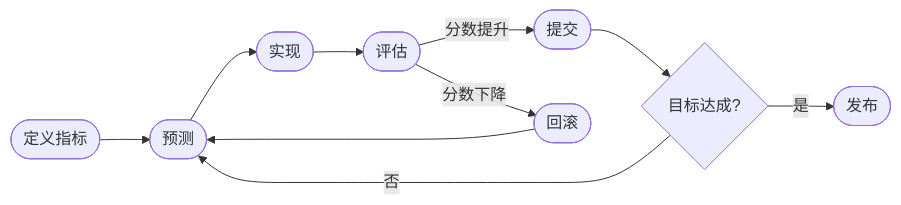
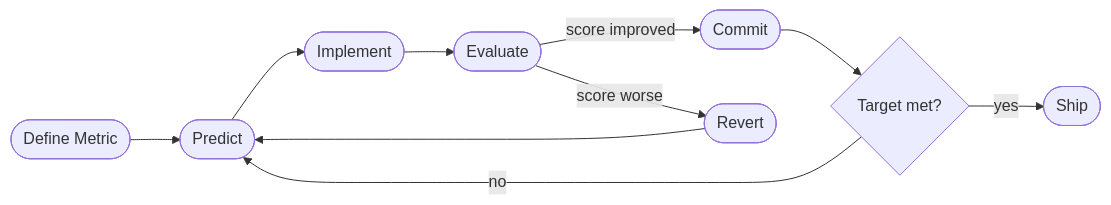
One commit to AI4Scientist/learn-auto-research changed the diagram in README.md. Above: the diagram before and after it, drawn with Mermaid. The commit also changed other lines of this file and 2 other files, not shown here.

````diff
--- a/README.md
+++ b/README.md
@@ -41,12 +41,12 @@
 ```mermaid
 flowchart LR
-    A([定义指标]) --> B([预测])
-    B --> C([实现])
-    C --> D([评估])
-    D -->|分数提升| E([提交])
-    D -->|分数下降| F([回滚])
-    E --> G{目标达成?}
+    A([Define Metric]) --> B([Predict])
+    B --> C([Implement])
+    C --> D([Evaluate])
+    D -->|score improved| E([Commit])
+    D -->|score worse| F([Revert])
+    E --> G{Target met?}
     F --> B
-    G -->|否| B
-    G -->|是| H([发布])
+    G -->|no| B
+    G -->|yes| H([Ship])
 ```
````
